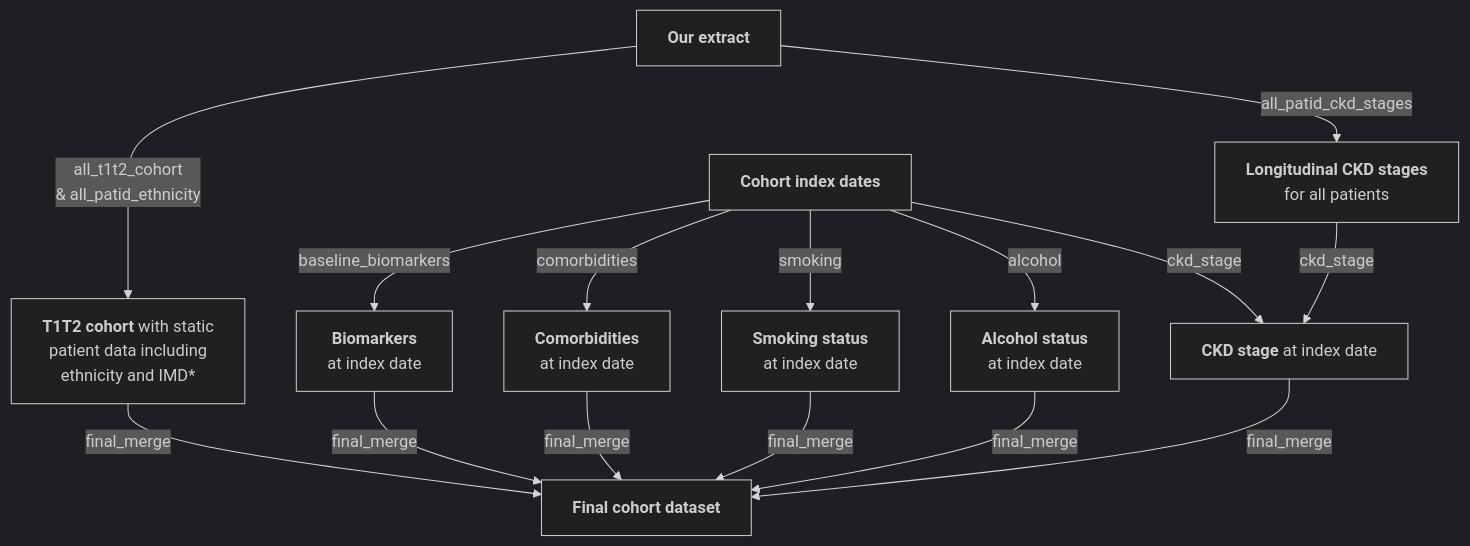
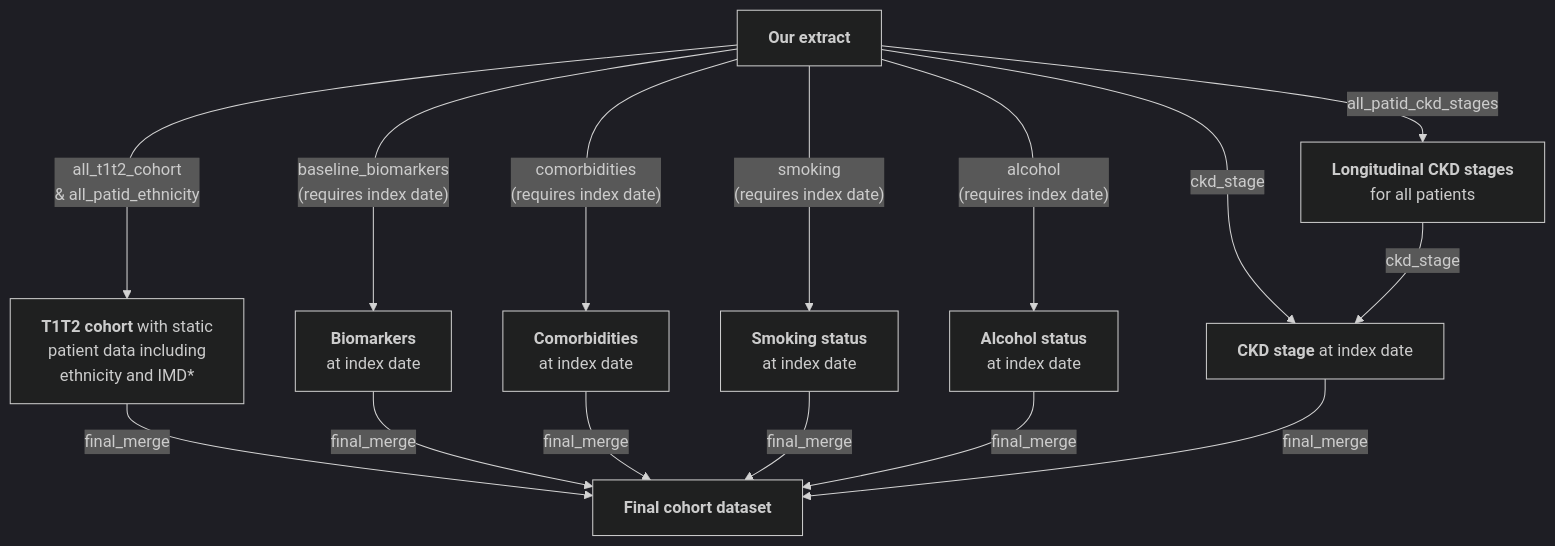
The second of 2 diagrams in README.md (Exeter-Diabetes/CPRD-Cohort-scripts), drawn with Mermaid (dark theme) before and after one commit.

````diff
--- a/README.md
+++ b/README.md
@@ -46,18 +46,17 @@
 ```mermaid
 graph TD;
     A["<b>Our extract</b>"] --> |"all_t1t2_cohort <br> & all_patid_ethnicity"|B["<b>T1T2 cohort</b> with static <br> patient data including <br> ethnicity and IMD*"]
     A-->|"all_patid_ckd_stages"|C["<b>Longitudinal CKD stages</b> <br> for all patients"]
-    D["<b>Cohort index dates</b>"]
-    D-->|"baseline_biomarkers"|E["<b>Biomarkers</b> <br> at index date"]
-    D-->|"comorbidities"|F["<b>Comorbidities</b> <br> at index date"]
-    D-->|"smoking"|G["<b>Smoking status</b> <br> at index date"]
-    D-->|"alcohol"|H["<b>Alcohol status</b> <br> at index date"]
-    D-->|"ckd_stage"|I["<b>CKD stage</b <br> at index date"]
+    A-->|"baseline_biomarkers <br> (requires index date)"|E["<b>Biomarkers</b> <br> at index date"]
+    A-->|"comorbidities <br> (requires index date)"|F["<b>Comorbidities</b> <br> at index date"]
+    A-->|"smoking <br> (requires index date)"|G["<b>Smoking status</b> <br> at index date"]
+    A-->|"alcohol <br> (requires index date)"|H["<b>Alcohol status</b> <br> at index date"]
+    A-->|"ckd_stage"|I["<b>CKD stage</b <br> at index date"]
     C-->|"ckd_stage"|I
     B-->|"final_merge"|J["<b>Final cohort dataset</b>"]
     E-->|"final_merge"|J
     F-->|"final_merge"|J
     G-->|"final_merge"|J
     H-->|"final_merge"|J
     I-->|"final_merge"|J
 ```
````
